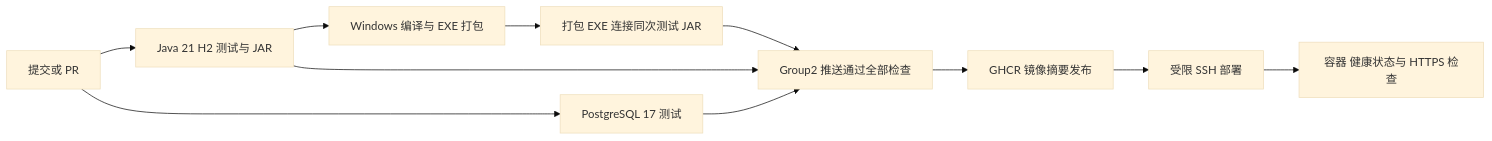
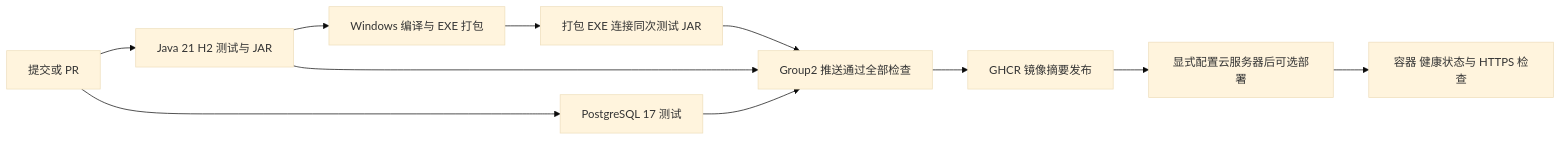
The diagram in docs/pipeline.md (caw111/SoftwareAnalyse), drawn with Mermaid (base theme) before and after one commit. The commit also changed other lines of this file and 6 other files, not shown here.

````diff
--- a/docs/pipeline.md
+++ b/docs/pipeline.md
@@ -38,13 +42,13 @@
 ```mermaid
 flowchart LR
     A[提交或 PR] --> B[Java 21 H2 测试与 JAR]
     A --> C[PostgreSQL 17 测试]
     B --> D[Windows 编译与 EXE 打包]
     D --> E[打包 EXE 连接同次测试 JAR]
     B --> F[Group2 推送通过全部检查]
     C --> F
     E --> F
     F --> G[GHCR 镜像摘要发布]
-    G --> H[受限 SSH 部署]
+    G --> H[显式配置云服务器后可选部署]
     H --> I[容器 健康状态与 HTTPS 检查]
 ```
````
